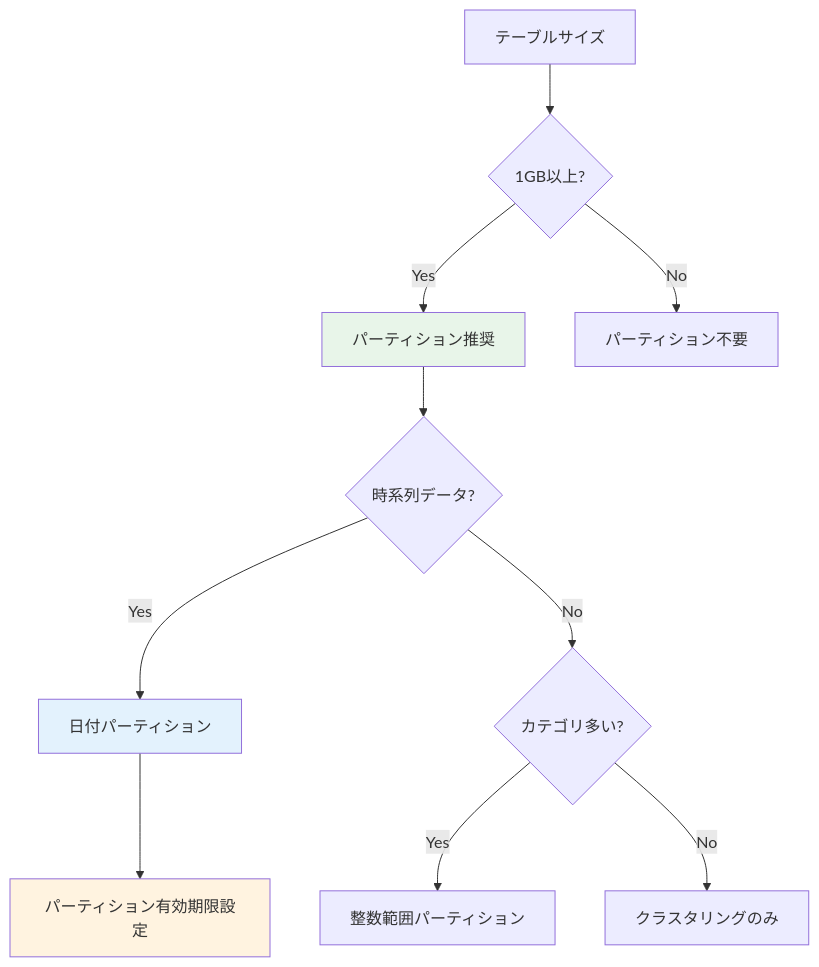
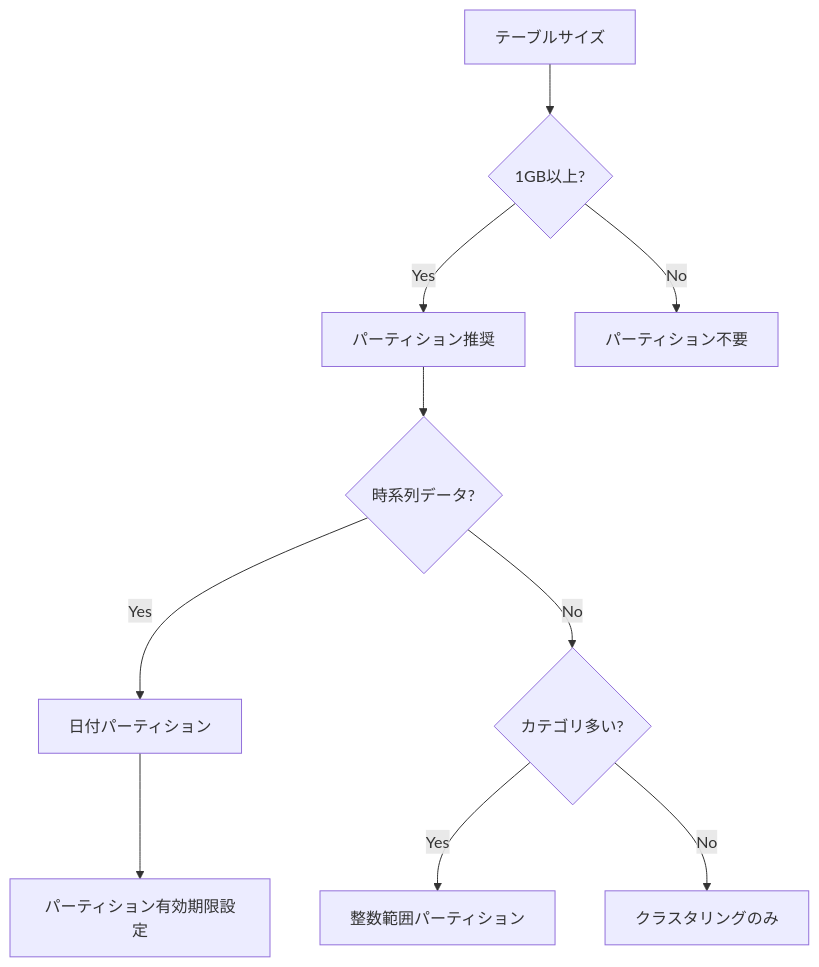
One commit to 1210yuichi0/1210yuichi0.github.io changed the seventh of 12 diagrams in content/Tech/dbt/categories/performance-optimization.md. Above: the diagram before and after it, drawn with Mermaid. The commit also changed other lines of this file and 22 other files, not shown here.

First line of the commit message:
style: remove Mermaid style directives for dark mode compatibility

````diff
--- a/content/Tech/dbt/categories/performance-optimization.md
+++ b/content/Tech/dbt/categories/performance-optimization.md
@@ -748,19 +728,16 @@
 ```mermaid
 graph TB
     A[テーブルサイズ] --> B{1GB以上?}
     B -->|Yes| C[パーティション推奨]
     B -->|No| D[パーティション不要]
 
     C --> E{時系列データ?}
     E -->|Yes| F[日付パーティション]
     E -->|No| G{カテゴリ多い?}
 
     G -->|Yes| H[整数範囲パーティション]
     G -->|No| I[クラスタリングのみ]
 
     F --> J[パーティション有効期限設定]
 
-    style C fill:#e8f5e9
-    style F fill:#e3f2fd
-    style J fill:#fff3e0
 ```
````
